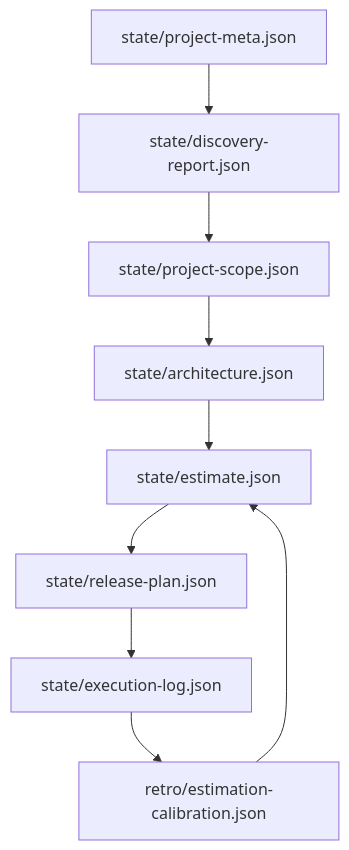
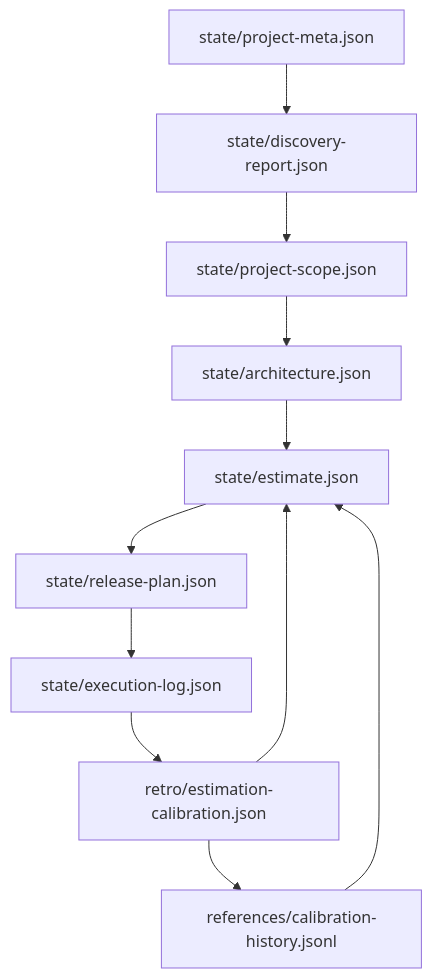
One commit to ozkangu/project-management-skills changed the second of 4 diagrams in README.md. Above: the diagram before and after it, drawn with Mermaid. The commit also changed other lines of this file and 7 other files, not shown here.

````diff
--- a/README.md
+++ b/README.md
@@ -82,20 +83,22 @@
 ```mermaid
 flowchart TD
     M[state/project-meta.json]
     D0[state/discovery-report.json]
     D1[state/project-scope.json]
     D2[state/architecture.json]
     D3[state/estimate.json]
     D4[state/release-plan.json]
     D5[state/execution-log.json]
     R[retro/estimation-calibration.json]
 
     M --> D0
     D0 --> D1
     D1 --> D2
     D2 --> D3
     D3 --> D4
     D4 --> D5
     D5 --> R
     R --> D3
+    R --> CH[references/calibration-history.jsonl]
+    CH --> D3
 ```
````
